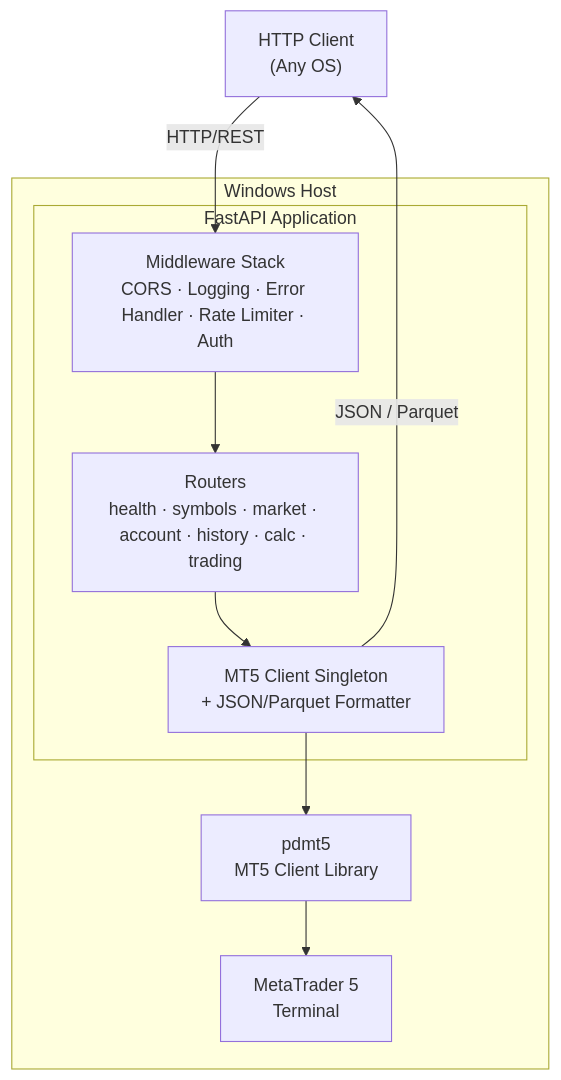
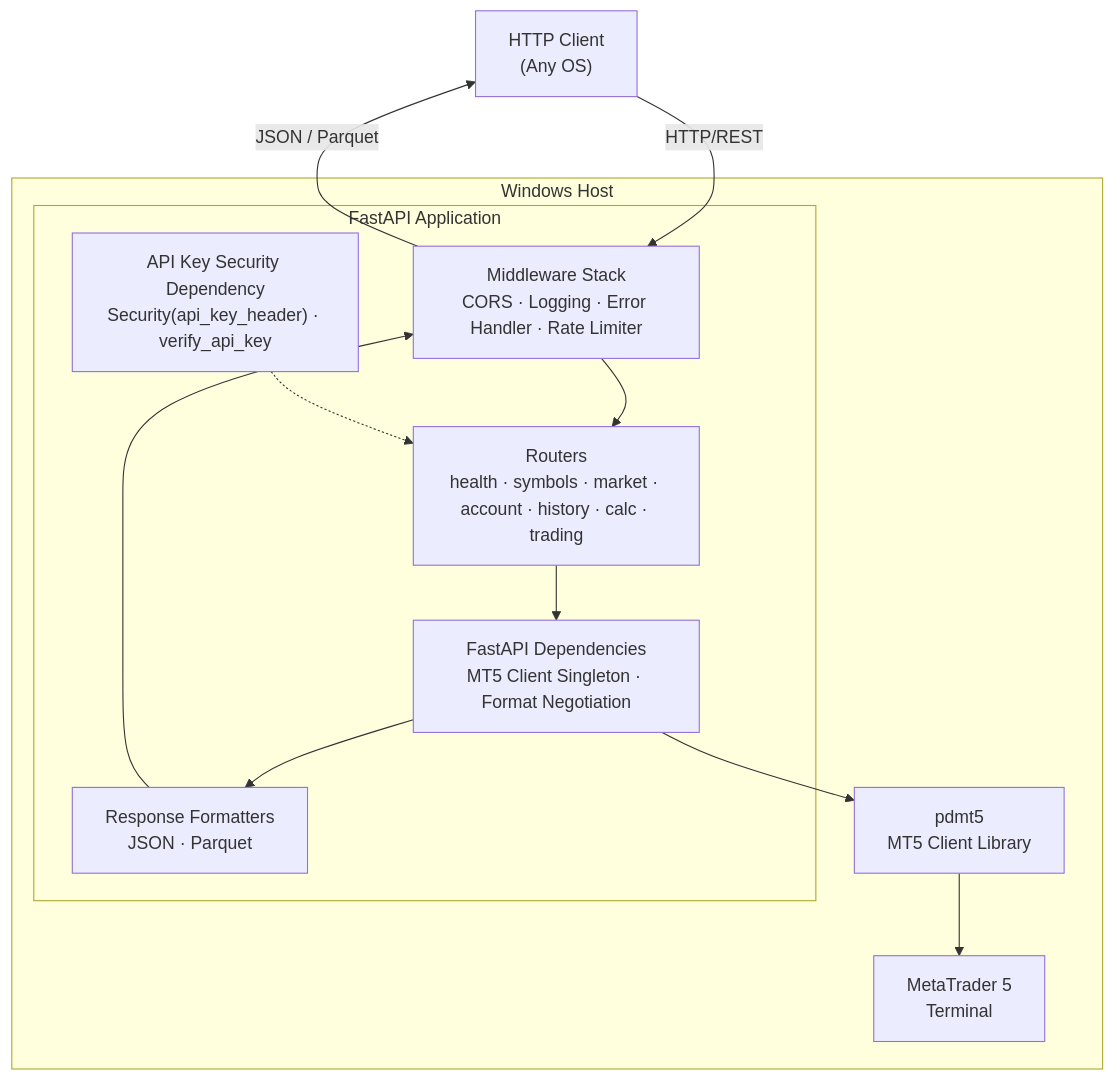
The diagram in README.md (dceoy/mt5api), drawn with Mermaid before and after one commit.

Commit message:
docs: clarify architecture diagram

````diff
--- a/README.md
+++ b/README.md
@@ -19,19 +19,23 @@
 ```mermaid
 graph TB
     Client["HTTP Client<br/>(Any OS)"]
 
     subgraph "Windows Host"
         subgraph "FastAPI Application"
-            Middleware["Middleware Stack<br/>CORS · Logging · Error Handler · Rate Limiter · Auth"]
+            Middleware["Middleware Stack<br/>CORS · Logging · Error Handler · Rate Limiter"]
             Routers["Routers<br/>health · symbols · market · account · history · calc · trading"]
-            Deps["MT5 Client Singleton<br/>+ JSON/Parquet Formatter"]
-            Middleware --> Routers --> Deps
+            Auth["API Key Security Dependency<br/>Security(api_key_header) · verify_api_key"]
+            Deps["FastAPI Dependencies<br/>MT5 Client Singleton · Format Negotiation"]
+            Formatters["Response Formatters<br/>JSON · Parquet"]
+            Middleware --> Routers --> Deps --> Formatters
+            Auth -.-> Routers
+            Formatters --> Middleware
         end
 
         Deps --> pdmt5["pdmt5<br/>MT5 Client Library"]
         pdmt5 --> MT5["MetaTrader 5<br/>Terminal"]
     end
 
     Client -- "HTTP/REST" --> Middleware
-    Deps -- "JSON / Parquet" --> Client
+    Middleware -- "JSON / Parquet" --> Client
 ```
````
